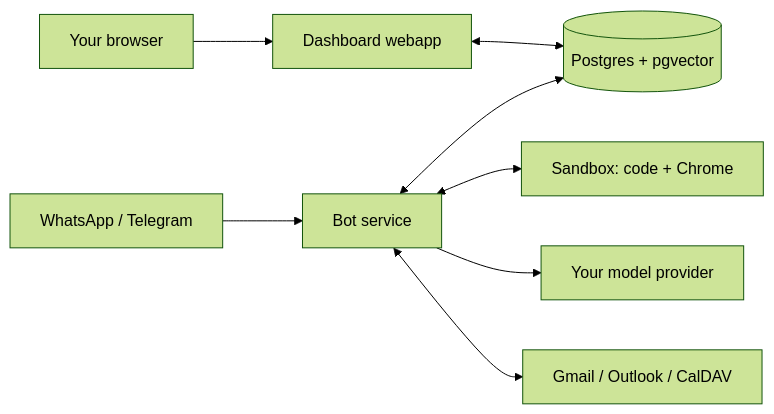
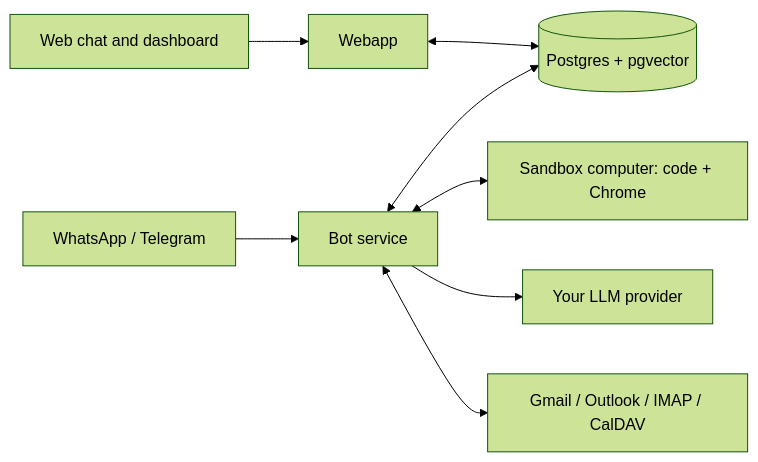
One commit to notnotjim/Closedhand changed the diagram in README.md. Above: the diagram before and after it, drawn with Mermaid (forest theme). The commit also changed other lines of this file, not shown here.

Commit message:
README says what Closedhand is and why: local because it is safer, any LLM and none of a lab's limits, it can know what you would never hand a big company, and it is yours; setup, features, LLMs and the personal URL as they are now, without the false WhatsApp and provider-key lines

````diff
--- a/README.md
+++ b/README.md
@@ -83,10 +120,10 @@
 ```mermaid
 graph LR
-  TG[WhatsApp / Telegram] --> Bot
-  Browser[Your browser] --> Webapp[Dashboard webapp]
+  Chat[WhatsApp / Telegram] --> Bot
+  Browser[Web chat and dashboard] --> Webapp[Webapp]
   Bot[Bot service] <--> DB[(Postgres + pgvector)]
   Webapp <--> DB
-  Bot <--> Sandbox[Sandbox: code + Chrome]
-  Bot --> Providers[Your model provider]
-  Bot <--> Mail[Gmail / Outlook / CalDAV]
+  Bot <--> Sandbox[Sandbox computer: code + Chrome]
+  Bot --> LLM[Your LLM provider]
+  Bot <--> Mail[Gmail / Outlook / IMAP / CalDAV]
 ```
````
